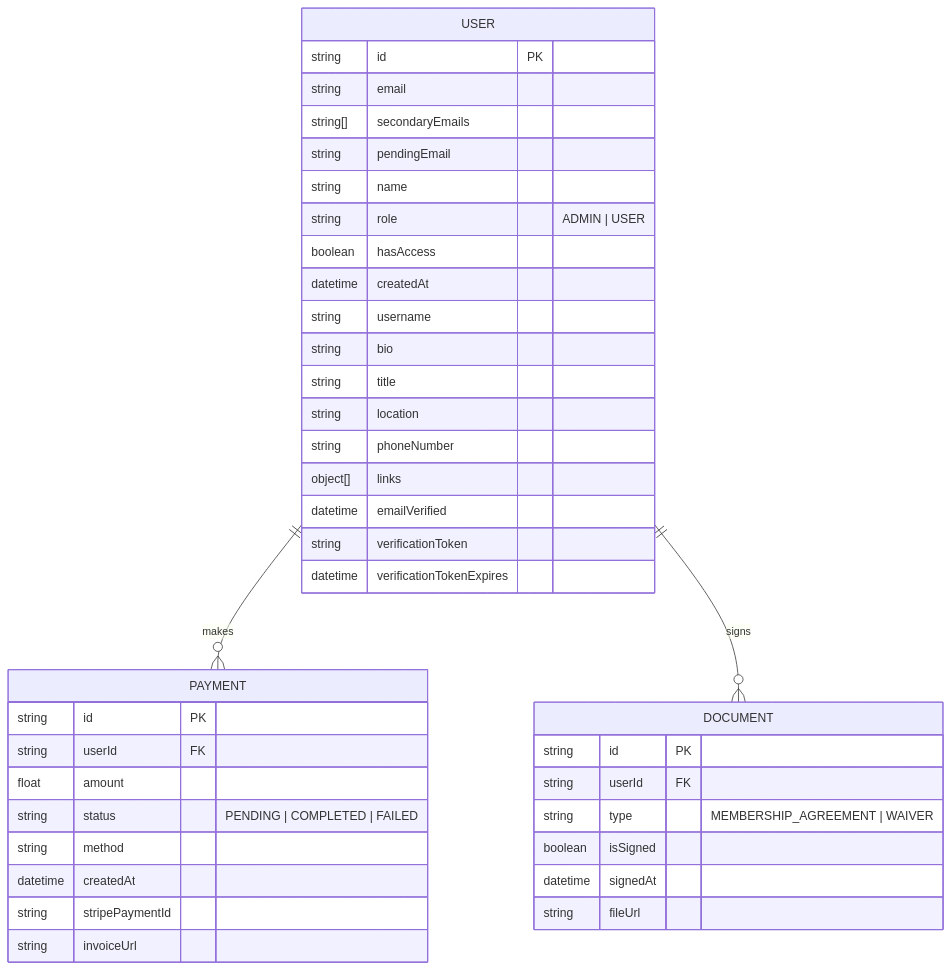
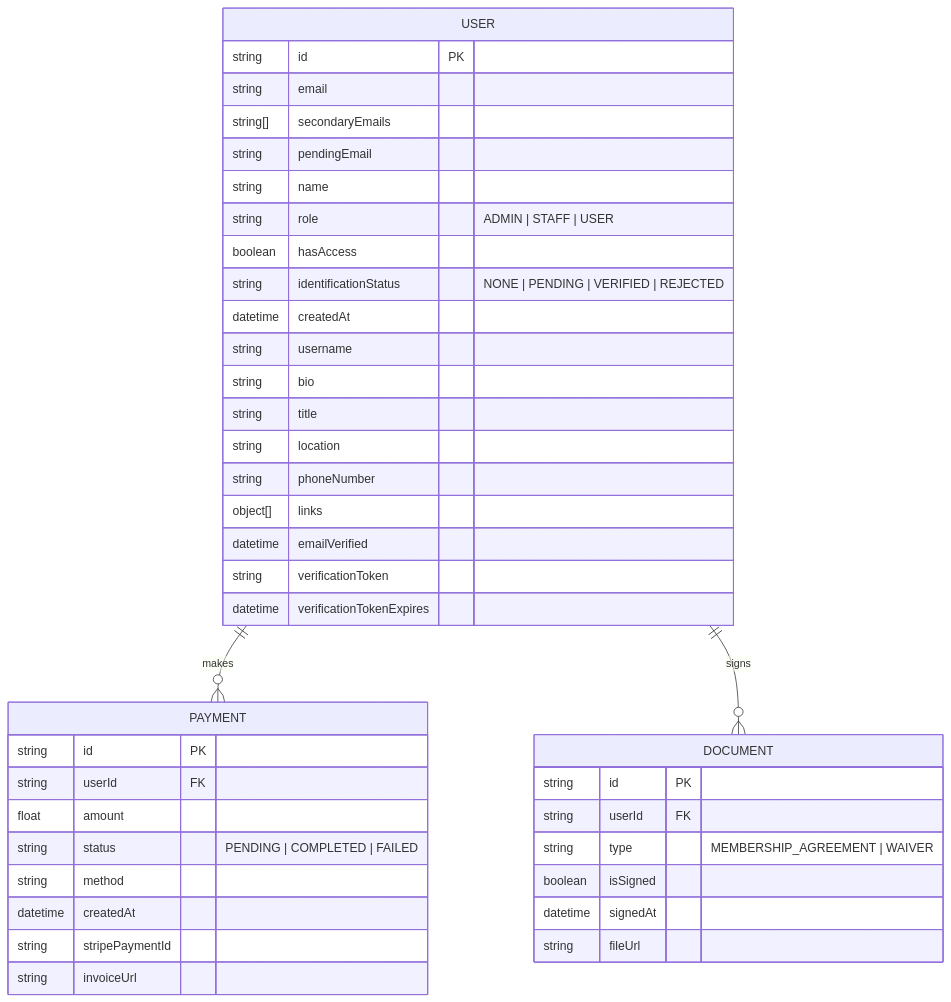
The first of 8 diagrams in README.md (Ruhanpaco/prishtina-heackerspace), drawn with Mermaid before and after one commit. The commit also changed other lines of this file and 121 other files, not shown here.

````diff
--- a/README.md
+++ b/README.md
@@ -41,42 +106,43 @@
 ```mermaid
 erDiagram
     USER ||--o{ PAYMENT : makes
     USER ||--o{ DOCUMENT : signs
     USER {
         string id PK
         string email
         string[] secondaryEmails
         string pendingEmail
         string name
-        string role "ADMIN | USER"
+        string role "ADMIN | STAFF | USER"
         boolean hasAccess
+        string identificationStatus "NONE | PENDING | VERIFIED | REJECTED"
         datetime createdAt
         string username
         string bio
         string title
         string location
         string phoneNumber
         object[] links
         datetime emailVerified
         string verificationToken
         datetime verificationTokenExpires
     }
     PAYMENT {
         string id PK
         string userId FK
         float amount
         string status "PENDING | COMPLETED | FAILED"
         string method
         datetime createdAt
         string stripePaymentId
         string invoiceUrl
     }
     DOCUMENT {
         string id PK
         string userId FK
         string type "MEMBERSHIP_AGREEMENT | WAIVER"
         boolean isSigned
         datetime signedAt
         string fileUrl
     }
 ```
````
